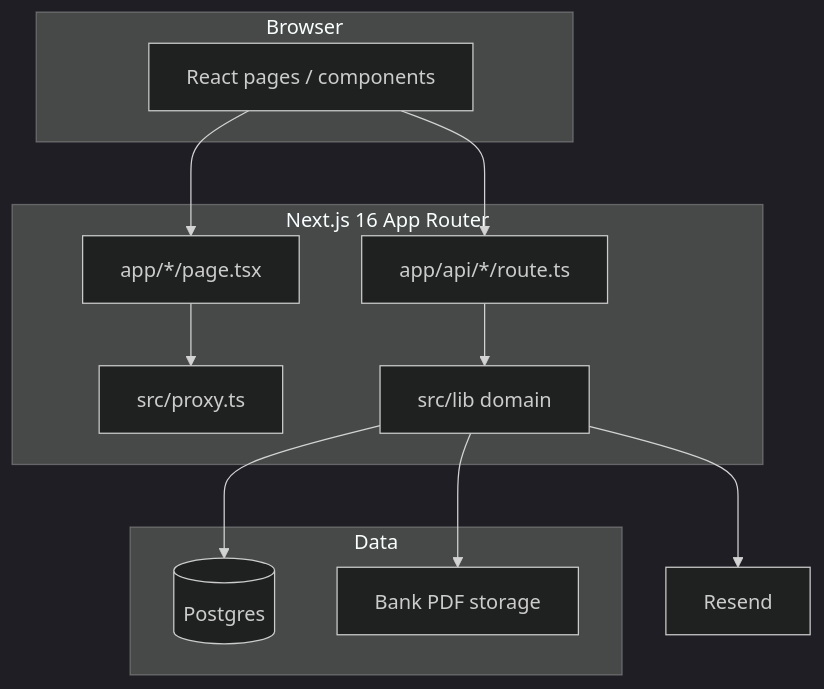
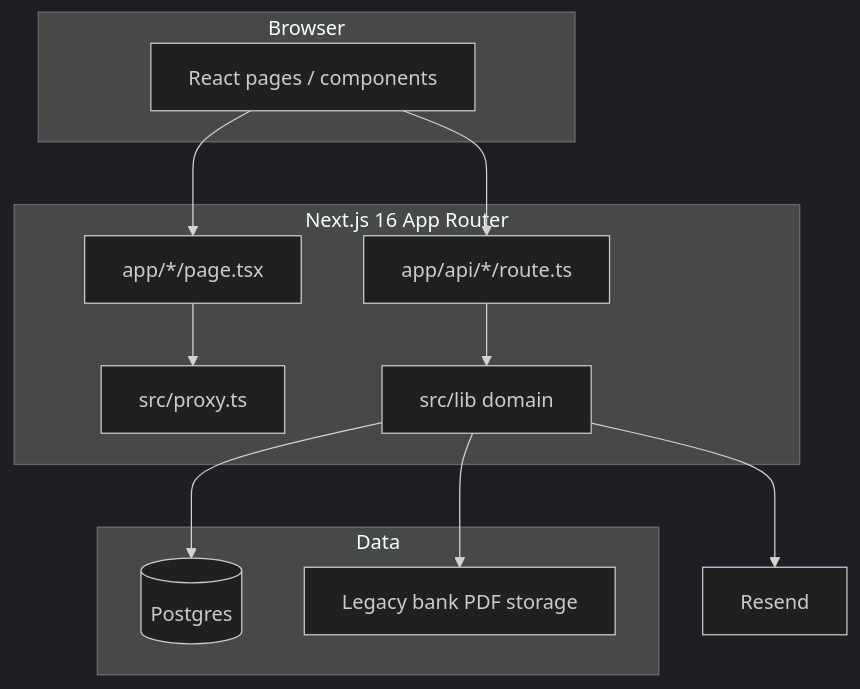
The second of 4 diagrams in docs/architecture/overview.md (dotnetmike/CFCA_Registration), drawn with Mermaid (dark theme) before and after one commit. The commit also changed other lines of this file and 58 other files, not shown here.

````diff
--- a/docs/architecture/overview.md
+++ b/docs/architecture/overview.md
@@ -28,23 +28,23 @@
 ```mermaid
 flowchart TB
   subgraph Browser
     UI[React pages / components]
   end
   subgraph Next["Next.js 16 App Router"]
     Proxy[src/proxy.ts]
     Pages[app/*/page.tsx]
     API[app/api/*/route.ts]
     Lib[src/lib domain]
   end
   subgraph Data
     PG[(Postgres)]
-    Storage[Bank PDF storage]
+    Storage[Legacy bank PDF storage]
   end
   UI --> Pages
   UI --> API
   Pages --> Proxy
   API --> Lib
   Lib --> PG
   Lib --> Storage
   Lib --> Resend[Resend]
 ```
````
